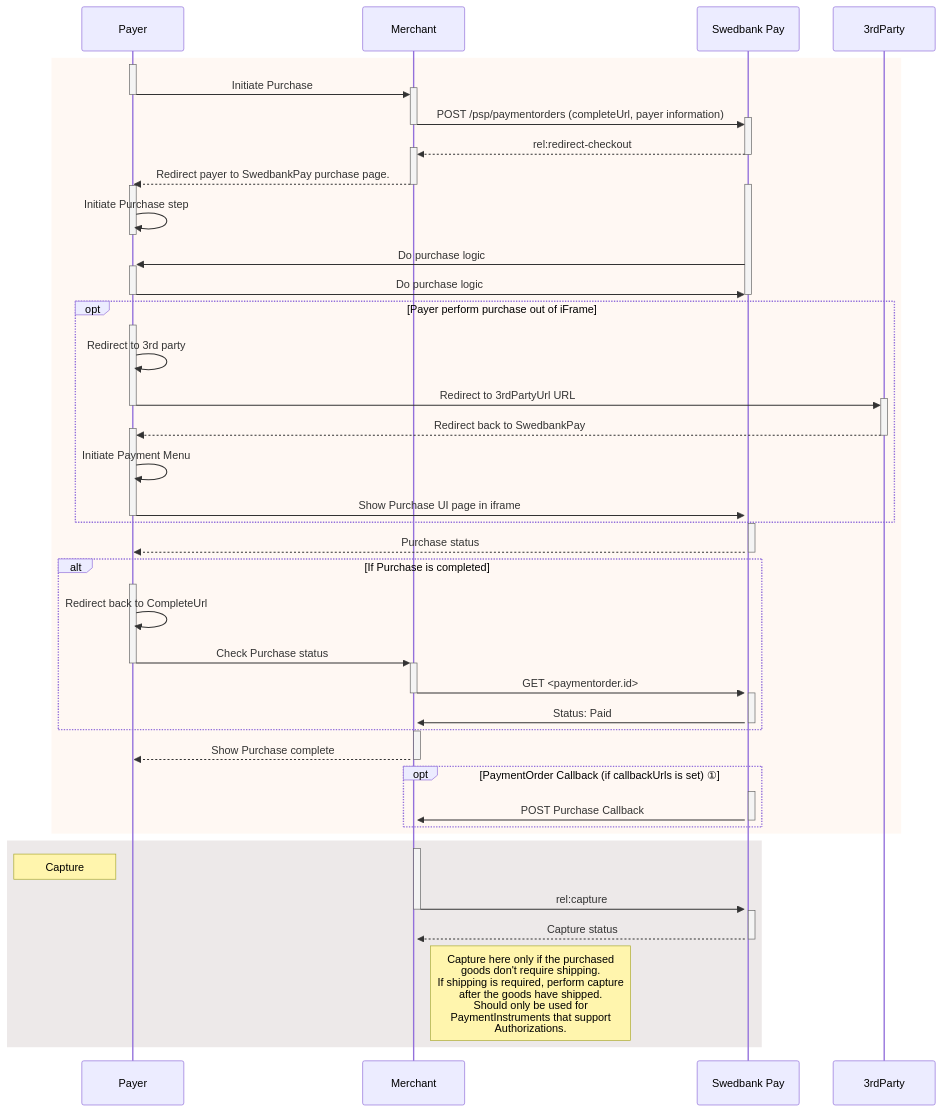
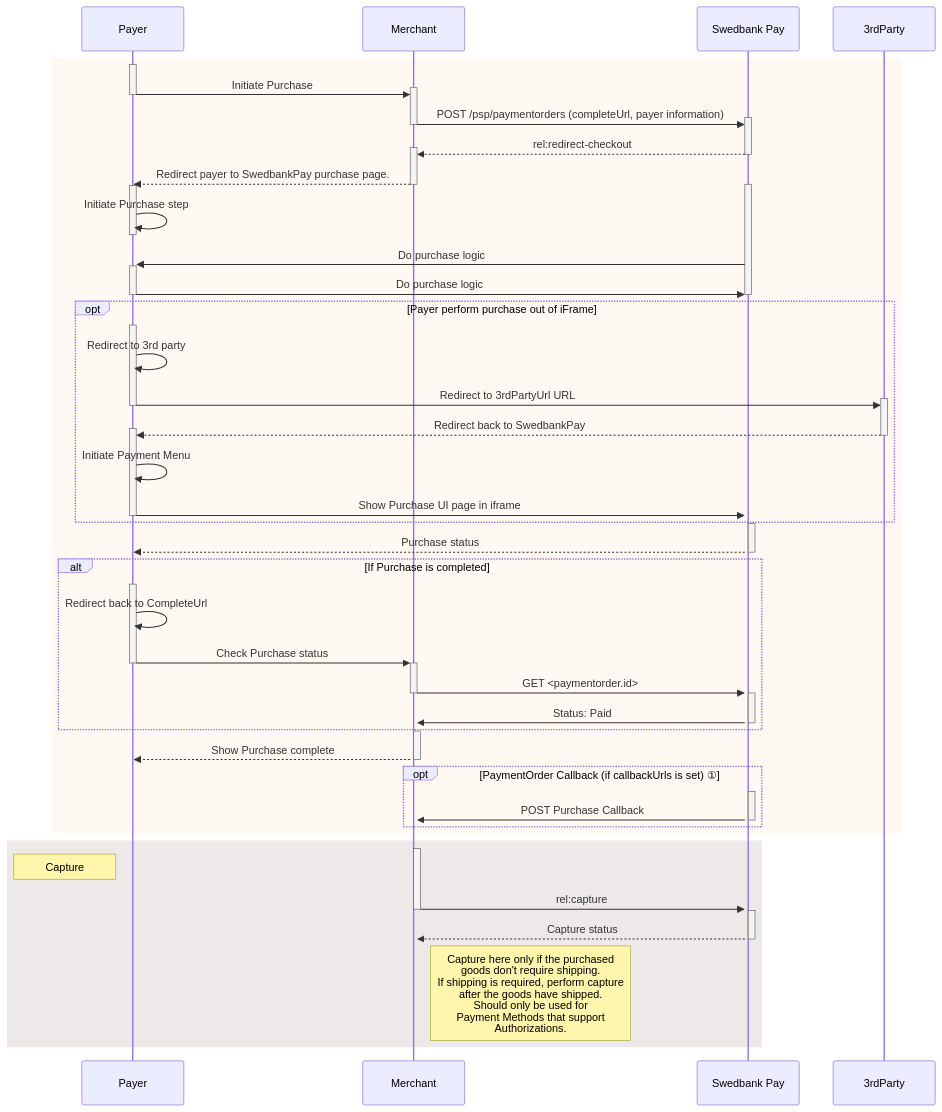
Before and after one commit to SwedbankPay/developer.swedbankpay.com: the diagram in checkout-v3/get-started/display-payment-ui/redirect.md, drawn with Mermaid. The commit also changed other lines of this file and 101 other files, not shown here.

Commit message:
DEVP-360: Renamed instruments to methods in digital payments

````diff
--- a/checkout-v3/get-started/display-payment-ui/redirect.md
+++ b/checkout-v3/get-started/display-payment-ui/redirect.md
@@ -53,71 +53,71 @@
 ```mermaid
 sequenceDiagram
     participant Payer
     participant Merchant
     participant SwedbankPay as Swedbank Pay
     participant 3rdParty
 
         rect rgba(238, 112, 35, 0.05)
             activate Payer
             Payer ->>+ Merchant: Initiate Purchase
             deactivate Payer
             Merchant ->>+ SwedbankPay: POST /psp/paymentorders (completeUrl, payer information)
             deactivate Merchant
             SwedbankPay -->>+ Merchant: rel:redirect-checkout
             deactivate SwedbankPay
             Merchant -->>- Payer: Redirect payer to SwedbankPay purchase page.
     activate SwedbankPay
     activate Payer
     Payer ->> Payer: Initiate Purchase step
 
     deactivate Payer
     SwedbankPay ->>+ Payer: Do purchase logic
     Payer ->> SwedbankPay: Do purchase logic
     deactivate Payer
     deactivate SwedbankPay
 
                     opt Payer perform purchase out of iFrame
                     activate Payer
                     Payer ->> Payer: Redirect to 3rd party
                     Payer ->>+ 3rdParty: Redirect to 3rdPartyUrl URL
                     deactivate Payer
                     3rdParty -->>+ Payer: Redirect back to SwedbankPay
                     deactivate 3rdParty
                     Payer ->> Payer: Initiate Payment Menu
                     Payer ->>+ SwedbankPay: Show Purchase UI page in iframe
                     deactivate Payer
                 end
 
                 activate SwedbankPay
                 SwedbankPay -->> Payer: Purchase status
                 deactivate SwedbankPay
 
             alt If Purchase is completed
             activate Payer
             Payer ->> Payer: Redirect back to CompleteUrl
             Payer ->>+ Merchant: Check Purchase status
             deactivate Payer
             Merchant ->>+ SwedbankPay: GET <paymentorder.id>
             deactivate Merchant
             SwedbankPay ->>+ Merchant: Status: Paid
             deactivate SwedbankPay
             end
 
 activate Merchant
 Merchant -->>- Payer: Show Purchase complete
          opt PaymentOrder Callback (if callbackUrls is set) ①
                 activate SwedbankPay
                 SwedbankPay ->> Merchant: POST Purchase Callback
                 deactivate SwedbankPay
          end
          end
 
     rect rgba(81,43,43,0.1)
         activate Merchant
         note left of Payer: Capture
         Merchant ->>+ SwedbankPay: rel:capture
         deactivate Merchant
         SwedbankPay -->>- Merchant: Capture status
-        note right of Merchant: Capture here only if the purchased<br/>goods don't require shipping.<br/>If shipping is required, perform capture<br/>after the goods have shipped.<br>Should only be used for <br>PaymentInstruments that support <br>Authorizations.
+        note right of Merchant: Capture here only if the purchased<br/>goods don't require shipping.<br/>If shipping is required, perform capture<br/>after the goods have shipped.<br>Should only be used for <br>Payment Methods that support <br>Authorizations.
         end
 ```
````
